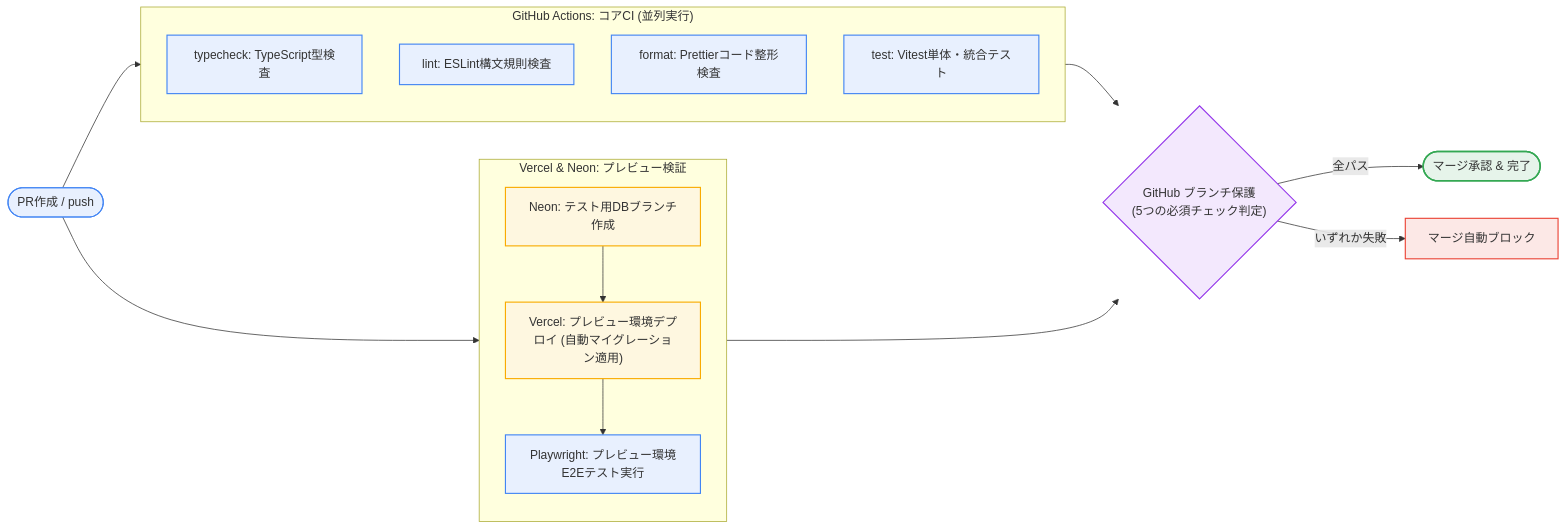
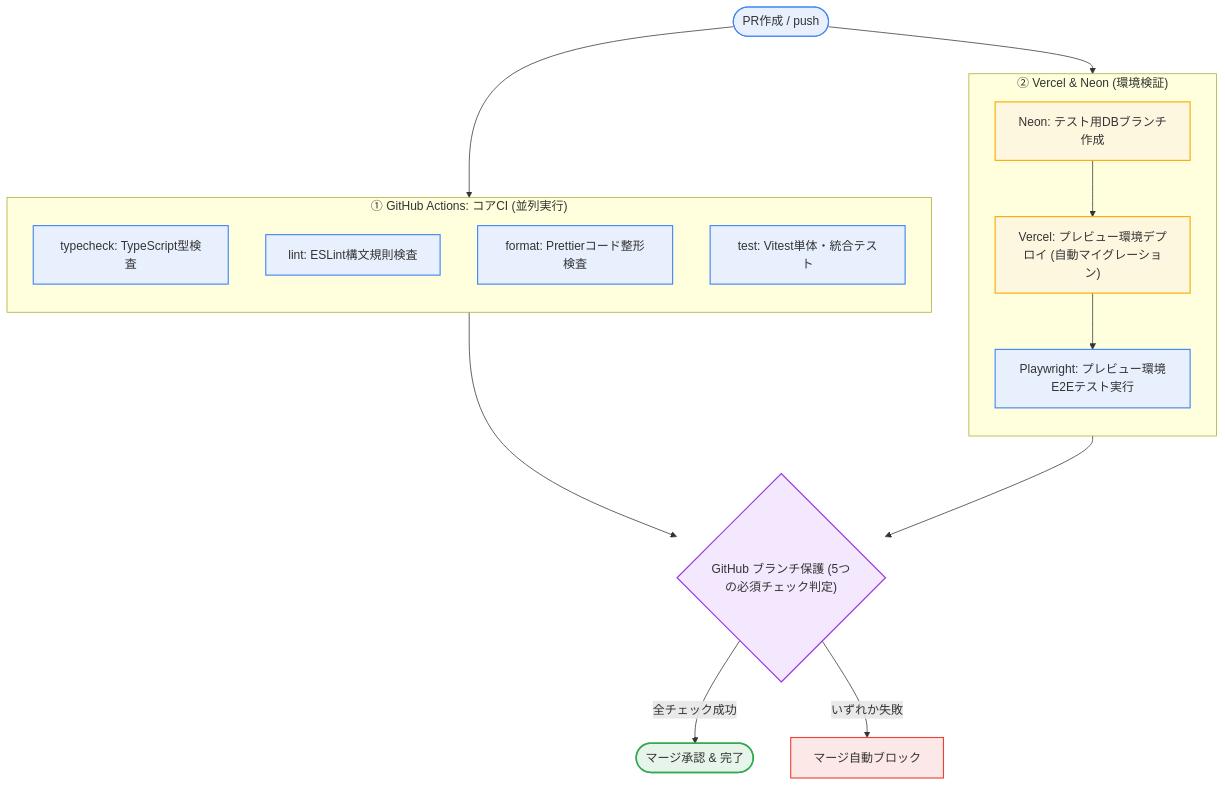
The first of 2 diagrams in README.md (asaborian/material-request), drawn with Mermaid before and after one commit.

Commit message:
docs: Mermaid図を上から下へのフローに変更し横長薄型ブロックで再配置

````diff
--- a/README.md
+++ b/README.md
@@ -28,36 +28,37 @@
 ```mermaid
-flowchart LR
-    classDef test fill:#e8f0fe,stroke:#4285f4,stroke-width:1.5px;
-    classDef db fill:#fef7e0,stroke:#f9ab00,stroke-width:1.5px;
-    classDef gate fill:#f3e8fd,stroke:#9334ea,stroke-width:1.5px;
+flowchart TD
+    %% 横長・薄型のブロックサイズを指定
+    classDef test fill:#e8f0fe,stroke:#4285f4,stroke-width:1.5px,min-width:280px;
+    classDef db fill:#fef7e0,stroke:#f9ab00,stroke-width:1.5px,min-width:340px;
+    classDef gate fill:#f3e8fd,stroke:#9334ea,stroke-width:1.5px,min-width:260px;
     classDef ok fill:#e6f4ea,stroke:#34a853,stroke-width:2px;
     classDef ng fill:#fce8e6,stroke:#ea4335,stroke-width:1.5px;
 
     PR(["PR作成 / push"]):::test
 
-    subgraph CI [" GitHub Actions: コアCI (並列実行) "]
+    subgraph CI [" ① GitHub Actions: コアCI (並列実行) "]
         direction TB
-        TC["typecheck: TypeScript型検査"]:::test
-        LINT["lint: ESLint構文規則検査"]:::test
-        FMT["format: Prettierコード整形検査"]:::test
-        UNIT["test: Vitest単体・統合テスト"]:::test
+        TC["`typecheck: TypeScript型検査`"]:::test
+        LINT["`lint: ESLint構文規則検査`"]:::test
+        FMT["`format: Prettierコード整形検査`"]:::test
+        UNIT["`test: Vitest単体・統合テスト`"]:::test
     end
 
-    subgraph PREVIEW [" Vercel & Neon: プレビュー検証 "]
+    subgraph PREVIEW [" ② Vercel & Neon (環境検証) "]
         direction TB
-        NEON["Neon: テスト用DBブランチ作成"]:::db
-        VERCEL["Vercel: プレビュー環境デプロイ (自動マイグレーション適用)"]:::db
-        E2E["Playwright: プレビュー環境E2Eテスト実行"]:::test
+        NEON["`Neon: テスト用DBブランチ作成`"]:::db
+        VERCEL["`Vercel: プレビュー環境デプロイ (自動マイグレーション)`"]:::db
+        E2E["`Playwright: プレビュー環境E2Eテスト実行`"]:::test
         NEON --> VERCEL --> E2E
     end
 
     PR --> CI
     PR --> PREVIEW
 
-    GATE{"GitHub ブランチ保護<br>(5つの必須チェック判定)"}:::gate
+    GATE{"GitHub ブランチ保護 (5つの必須チェック判定)"}:::gate
     CI --> GATE
     E2E --> GATE
 
-    GATE -->|全パス| PASS(["マージ承認 & 完了"]):::ok
+    GATE -->|全チェック成功| PASS(["マージ承認 & 完了"]):::ok
     GATE -->|いずれか失敗| FAIL["マージ自動ブロック"]:::ng
 ```
````
